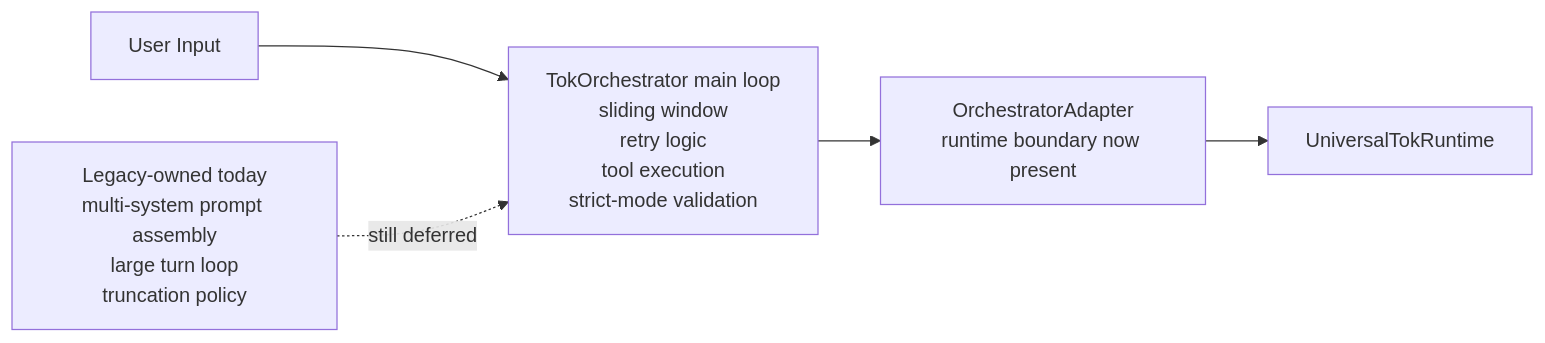
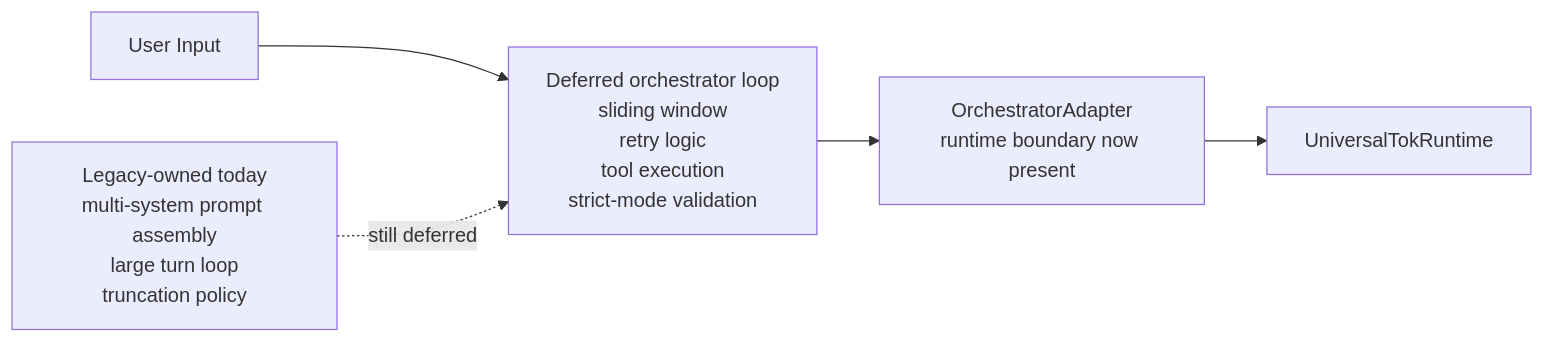
Before and after one commit to tokmacher/tok: the seventh of 8 diagrams in docs/architecture-diagrams.md, drawn with Mermaid. The commit also changed other lines of this file and 11 other files, not shown here.

Commit message:
feat: introduce release surface manifest, harden bridge request handling, and update internal architecture documentation.

````diff
--- a/docs/architecture-diagrams.md
+++ b/docs/architecture-diagrams.md
@@ -144,9 +144,9 @@
 ```mermaid
 flowchart LR
-    USER["User Input"] --> LOOP["TokOrchestrator main loop<br/>sliding window<br/>retry logic<br/>tool execution<br/>strict-mode validation"]
+    USER["User Input"] --> LOOP["Deferred orchestrator loop<br/>sliding window<br/>retry logic<br/>tool execution<br/>strict-mode validation"]
 
     LOOP --> BOUNDARY["OrchestratorAdapter<br/>runtime boundary now present"]
     BOUNDARY --> RT["UniversalTokRuntime"]
 
     LEGACY["Legacy-owned today<br/>multi-system prompt assembly<br/>large turn loop<br/>truncation policy"] -. still deferred .-> LOOP
 ```
````
